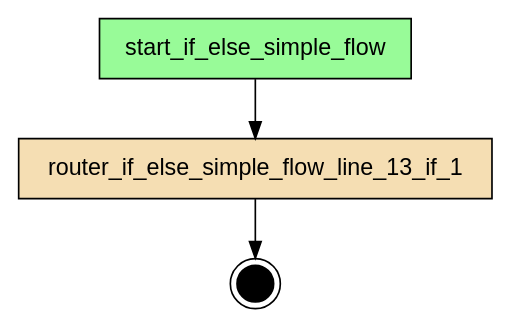
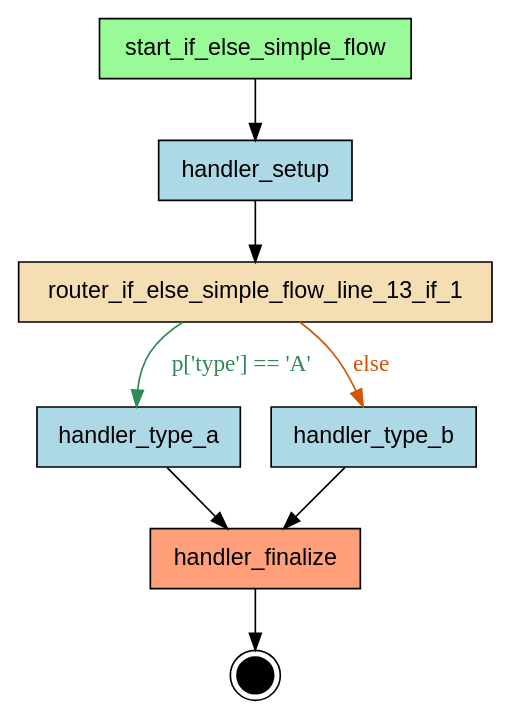
One commit to deliveryhero/asya changed the diagram in examples/flows/compiled/if_else_simple/flow.dot. Above: the diagram before and after it, drawn with Graphviz. The commit also changed 625 other files, not shown here.

```diff
--- a/examples/flows/compiled/if_else_simple/flow.dot
+++ b/examples/flows/compiled/if_else_simple/flow.dot
@@ -1,14 +1,23 @@
 digraph "if_else_simple_flow" {
     rankdir=TB;
     node [shape=box, style=filled, fontname="Helvetica"];
 
     { rank=source; start_if_else_simple_flow; }
 
+    handler_finalize [label="handler_finalize", fillcolor=lightsalmon];
+    handler_setup [label="handler_setup", fillcolor=lightblue];
+    handler_type_a [label="handler_type_a", fillcolor=lightblue];
+    handler_type_b [label="handler_type_b", fillcolor=lightblue];
     router_if_else_simple_flow_line_13_if_1 [label="router_if_else_simple_flow_line_13_if_1", fillcolor=wheat];
     start_if_else_simple_flow [label="start_if_else_simple_flow", fillcolor=palegreen];
 
     __end__ [label="", shape=doublecircle, fillcolor=black, width=0.3, fixedsize=true];
 
-    start_if_else_simple_flow -> router_if_else_simple_flow_line_13_if_1;
-    router_if_else_simple_flow_line_13_if_1 -> __end__;
+    start_if_else_simple_flow -> handler_setup;
+    handler_setup -> router_if_else_simple_flow_line_13_if_1;
+    router_if_else_simple_flow_line_13_if_1 -> handler_type_a [label="p['type'] == 'A'", color="#2E8B57", fontcolor="#2E8B57"];
+    handler_type_a -> handler_finalize;
+    router_if_else_simple_flow_line_13_if_1 -> handler_type_b [label="else", color="#D35400", fontcolor="#D35400"];
+    handler_type_b -> handler_finalize;
+    handler_finalize -> __end__;
 }
```
